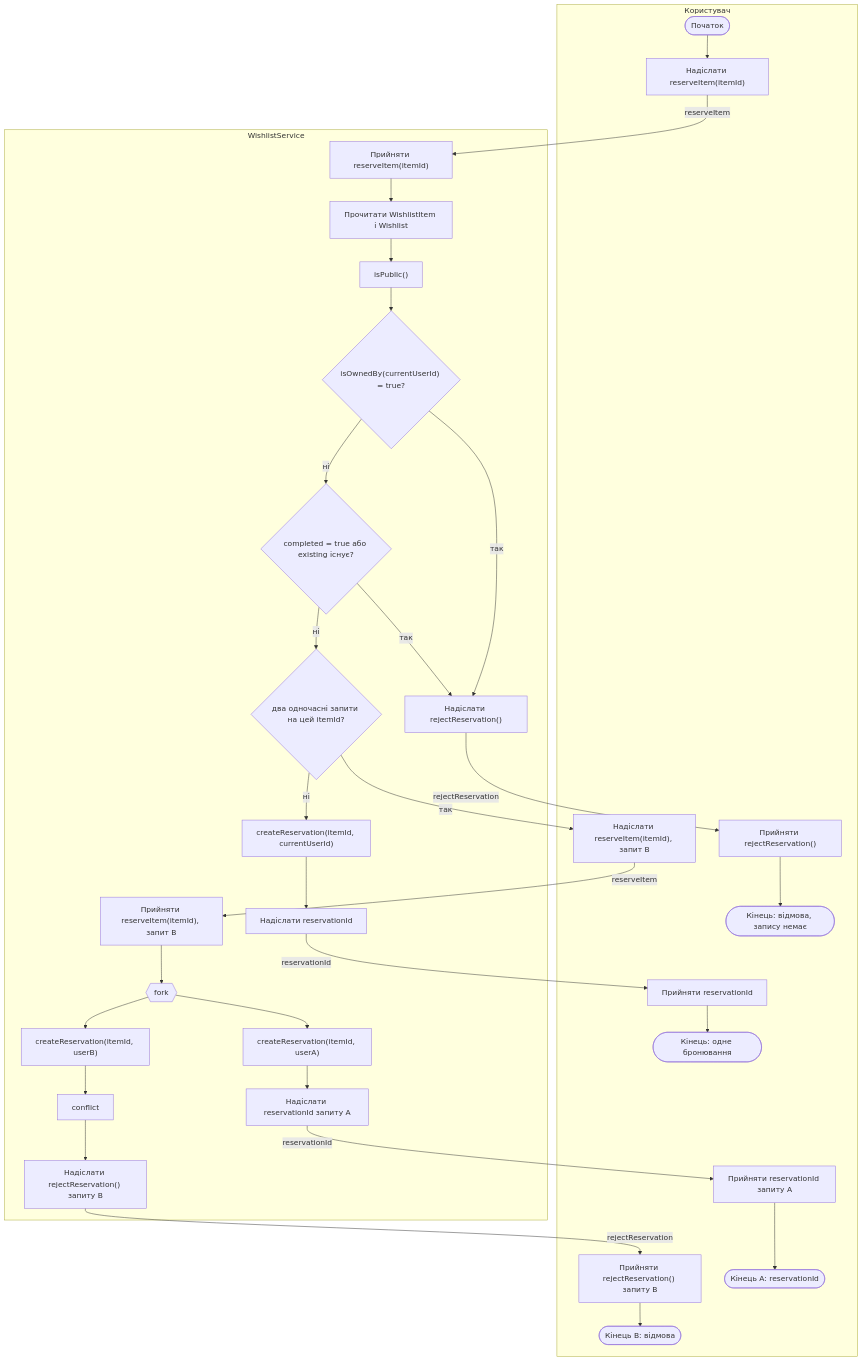
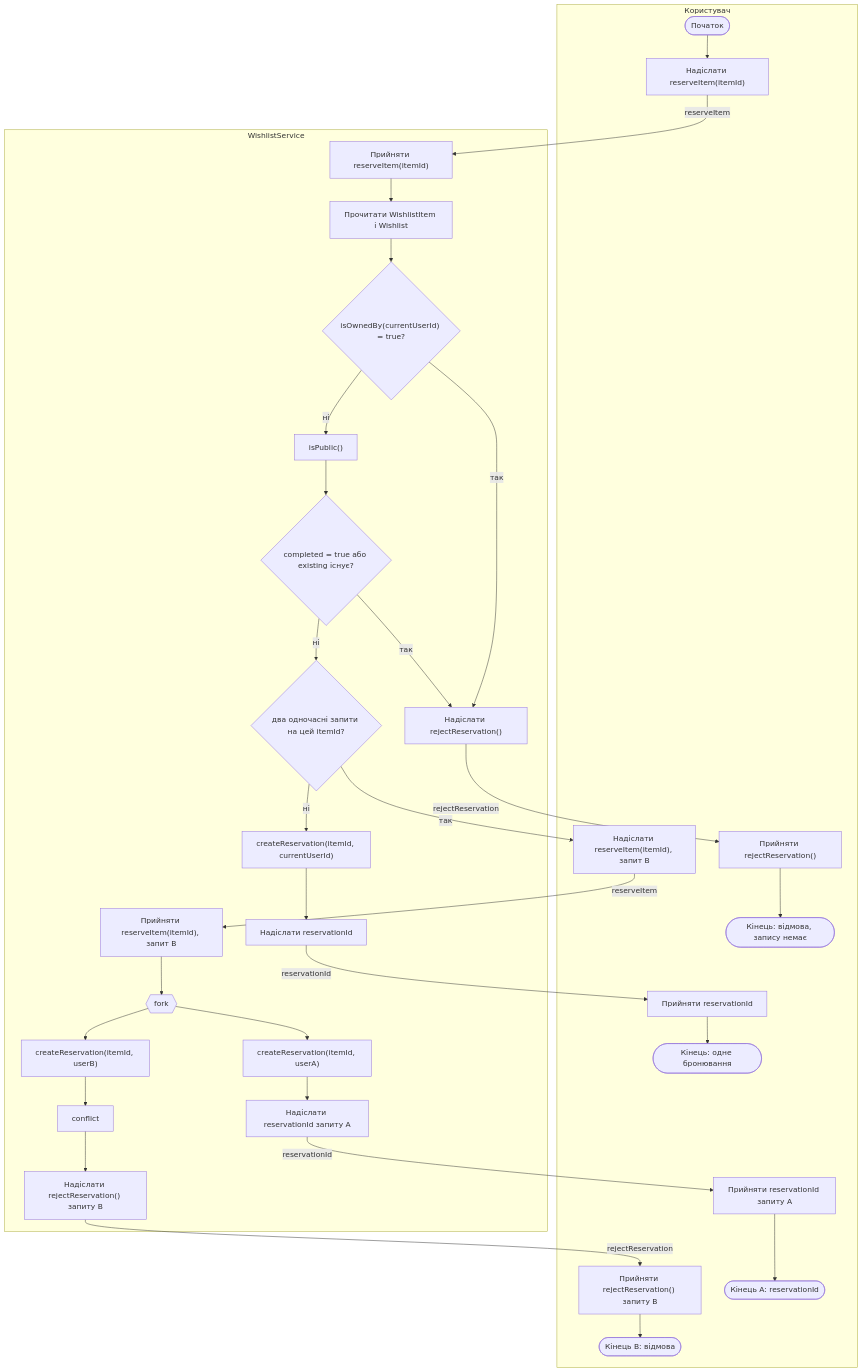
One commit to mariiahosp/kpi-labs changed the diagram in lab4/reserve-item-activity.md. Above: the diagram before and after it, drawn with Mermaid.

Commit message:
lab4: fix: check ownership before public visibility

````diff
--- a/lab4/reserve-item-activity.md
+++ b/lab4/reserve-item-activity.md
@@ -1,53 +1,54 @@
 ```mermaid
 flowchart TD
   subgraph userLane ["Користувач"]
     start([Початок])
     sendA["Надіслати reserveItem(itemId)"]
     sendB["Надіслати reserveItem(itemId), запит B"]
     takeId["Прийняти reservationId"]
     takeNo["Прийняти rejectReservation()"]
     takeIdA["Прийняти reservationId запиту A"]
     takeNoB["Прийняти rejectReservation() запиту B"]
     endOk([Кінець: одне бронювання])
     endNo([Кінець: відмова, запису немає])
     endA([Кінець A: reservationId])
     endB([Кінець B: відмова])
   end
 
   subgraph serviceLane ["WishlistService"]
     takeReq["Прийняти reserveItem(itemId)"]
     takeReqB["Прийняти reserveItem(itemId), запит B"]
     read["Прочитати WishlistItem і Wishlist"]
     pub["isPublic()"]
     own{"isOwnedBy(currentUserId) = true?"}
     guard{"completed = true або existing існує?"}
     two{"два одночасні запити на цей itemId?"}
     createOne["createReservation(itemId, currentUserId)"]
     sendNo["Надіслати rejectReservation()"]
     sendId["Надіслати reservationId"]
     fork{{"fork"}}
     createA["createReservation(itemId, userA)"]
     createB["createReservation(itemId, userB)"]
     conflictB["conflict"]
     sendIdA["Надіслати reservationId запиту A"]
     sendNoB["Надіслати rejectReservation() запиту B"]
   end
 
   start --> sendA
   sendA -->|reserveItem| takeReq
-  takeReq --> read --> pub --> own
+  takeReq --> read --> own
   own -->|так| sendNo
-  own -->|ні| guard
+  own -->|ні| pub
+  pub --> guard
   guard -->|так| sendNo
   guard -->|ні| two
   sendNo -->|rejectReservation| takeNo --> endNo
   two -->|ні| createOne --> sendId
   sendId -->|reservationId| takeId --> endOk
   two -->|так| sendB
   sendB -->|reserveItem| takeReqB --> fork
   fork --> createA --> sendIdA
   fork --> createB --> conflictB --> sendNoB
   sendIdA -->|reservationId| takeIdA --> endA
   sendNoB -->|rejectReservation| takeNoB --> endB
 
 ```
````
